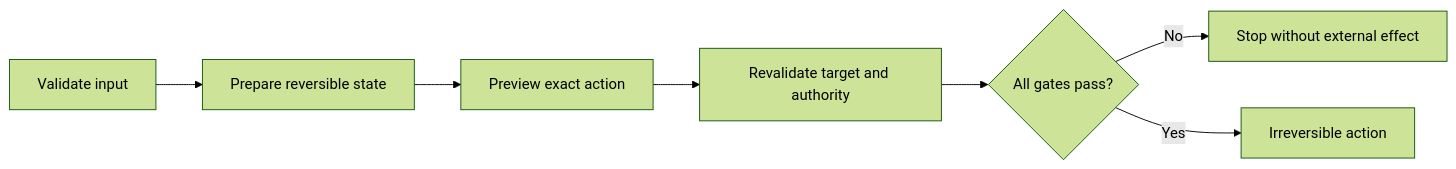
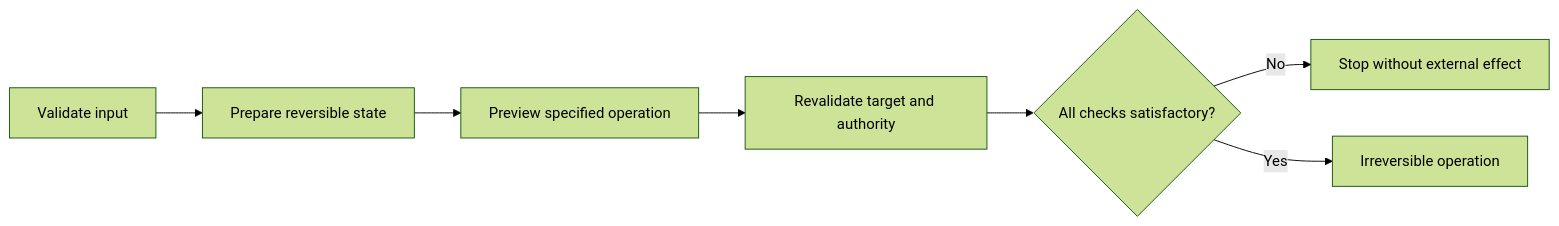
Before and after one commit to HomericIntelligence/Athena: the diagram in docs/principles/details/p083-irreversible-actions-last.md, drawn with Mermaid (forest theme). The commit also changed other lines of this file and 91 other files, not shown here.

````diff
--- a/docs/principles/details/p083-irreversible-actions-last.md
+++ b/docs/principles/details/p083-irreversible-actions-last.md
@@ -38,9 +38,9 @@
 ```mermaid
 flowchart LR
     A["Validate input"] --> B["Prepare reversible state"]
-    B --> C["Preview exact action"]
+    B --> C["Preview specified operation"]
     C --> D["Revalidate target and authority"]
-    D --> E{"All gates pass?"}
+    D --> E{"All checks satisfactory?"}
     E -->|No| F["Stop without external effect"]
-    E -->|Yes| G["Irreversible action"]
+    E -->|Yes| G["Irreversible operation"]
 ```
````
